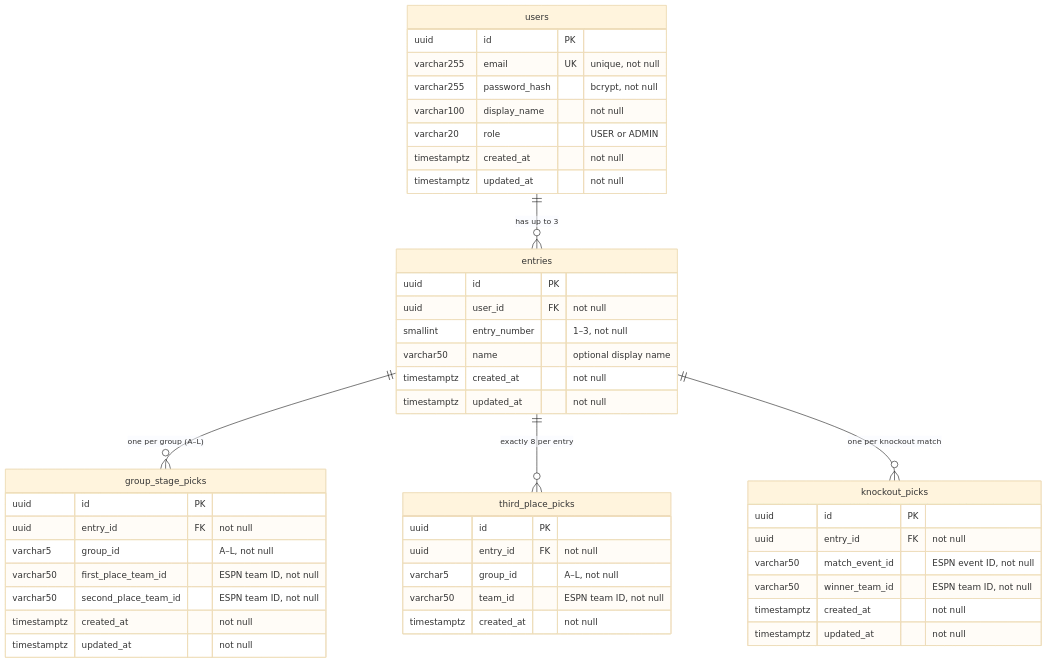
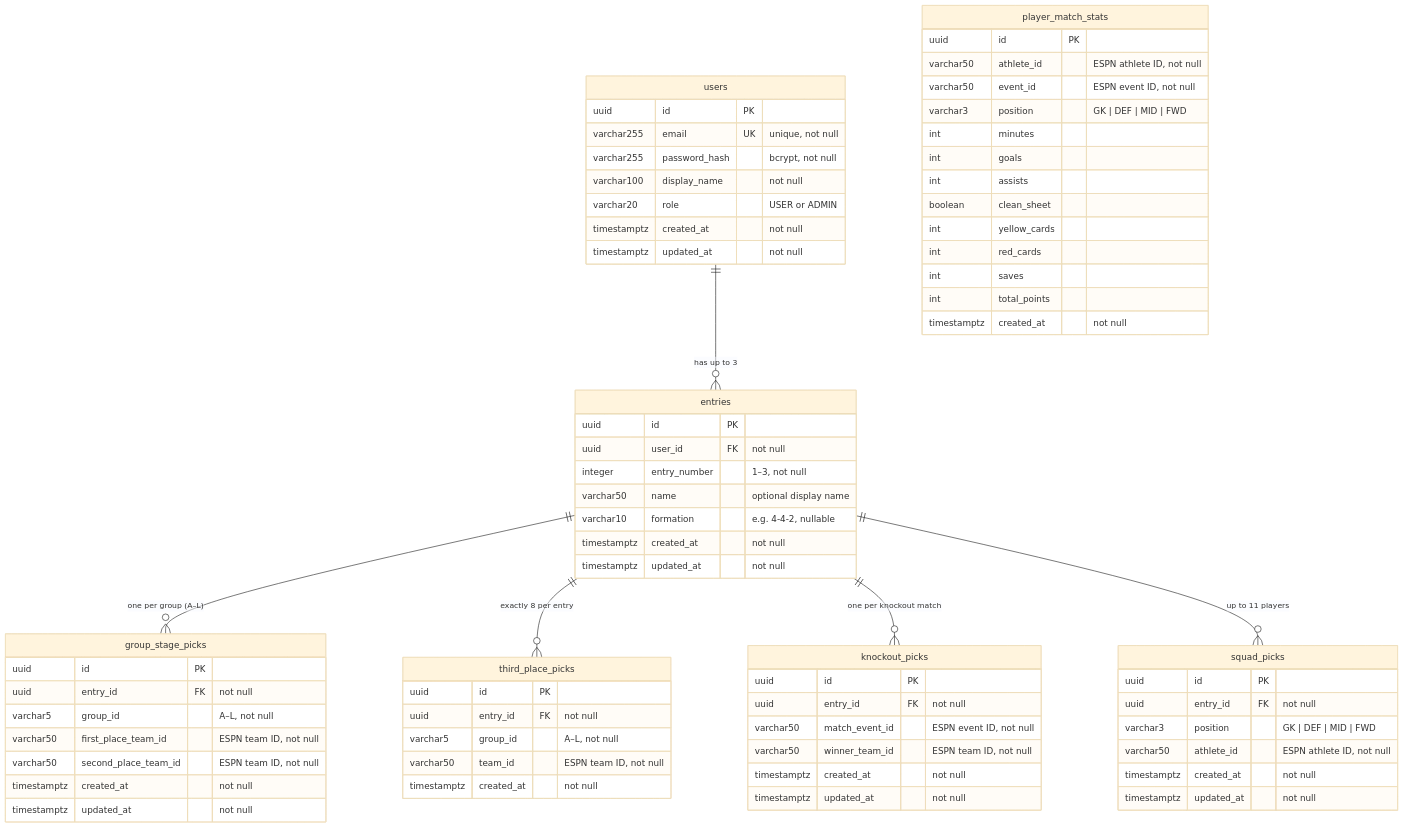
The diagram in backend/README.md (jominsky-ux/worldcupapp), drawn with Mermaid (base theme) before and after one commit. The commit also changed other lines of this file and 10 other files, not shown here.

First line of the commit message:
Add player points, fix auth 401 handling, update to EC2/CloudFront

````diff
--- a/backend/README.md
+++ b/backend/README.md
@@ -279,53 +304,80 @@
 ```mermaid
 erDiagram
     users {
         uuid        id              PK
         varchar255  email           UK  "unique, not null"
         varchar255  password_hash       "bcrypt, not null"
         varchar100  display_name        "not null"
         varchar20   role                "USER or ADMIN"
         timestamptz created_at          "not null"
         timestamptz updated_at          "not null"
     }
 
     entries {
         uuid        id              PK
         uuid        user_id         FK  "not null"
-        smallint    entry_number        "1–3, not null"
+        integer     entry_number        "1–3, not null"
         varchar50   name                "optional display name"
+        varchar10   formation           "e.g. 4-4-2, nullable"
         timestamptz created_at          "not null"
         timestamptz updated_at          "not null"
     }
 
     group_stage_picks {
         uuid        id                   PK
         uuid        entry_id             FK  "not null"
         varchar5    group_id                 "A–L, not null"
         varchar50   first_place_team_id      "ESPN team ID, not null"
         varchar50   second_place_team_id     "ESPN team ID, not null"
         timestamptz created_at               "not null"
         timestamptz updated_at               "not null"
     }
 
     third_place_picks {
         uuid        id          PK
         uuid        entry_id    FK  "not null"
         varchar5    group_id        "A–L, not null"
         varchar50   team_id         "ESPN team ID, not null"
         timestamptz created_at      "not null"
     }
 
     knockout_picks {
         uuid        id               PK
         uuid        entry_id         FK  "not null"
         varchar50   match_event_id       "ESPN event ID, not null"
         varchar50   winner_team_id       "ESPN team ID, not null"
         timestamptz created_at           "not null"
         timestamptz updated_at           "not null"
     }
 
-    users             ||--o{ entries           : "has up to 3"
-    entries           ||--o{ group_stage_picks  : "one per group (A–L)"
-    entries           ||--o{ third_place_picks  : "exactly 8 per entry"
-    entries           ||--o{ knockout_picks     : "one per knockout match"
+    squad_picks {
+        uuid        id           PK
+        uuid        entry_id     FK  "not null"
+        varchar3    position         "GK | DEF | MID | FWD"
+        varchar50   athlete_id       "ESPN athlete ID, not null"
+        timestamptz created_at       "not null"
+        timestamptz updated_at       "not null"
+    }
+
+    player_match_stats {
+        uuid        id           PK
+        varchar50   athlete_id       "ESPN athlete ID, not null"
+        varchar50   event_id         "ESPN event ID, not null"
+        varchar3    position         "GK | DEF | MID | FWD"
+        int         minutes
+        int         goals
+        int         assists
+        boolean     clean_sheet
+        int         yellow_cards
+        int         red_cards
+        int         saves
+        int         total_points
+        timestamptz created_at       "not null"
+    }
+
+    users             ||--o{ entries              : "has up to 3"
+    entries           ||--o{ group_stage_picks     : "one per group (A–L)"
+    entries           ||--o{ third_place_picks     : "exactly 8 per entry"
+    entries           ||--o{ knockout_picks        : "one per knockout match"
+    entries           ||--o{ squad_picks           : "up to 11 players"
 ```
````
